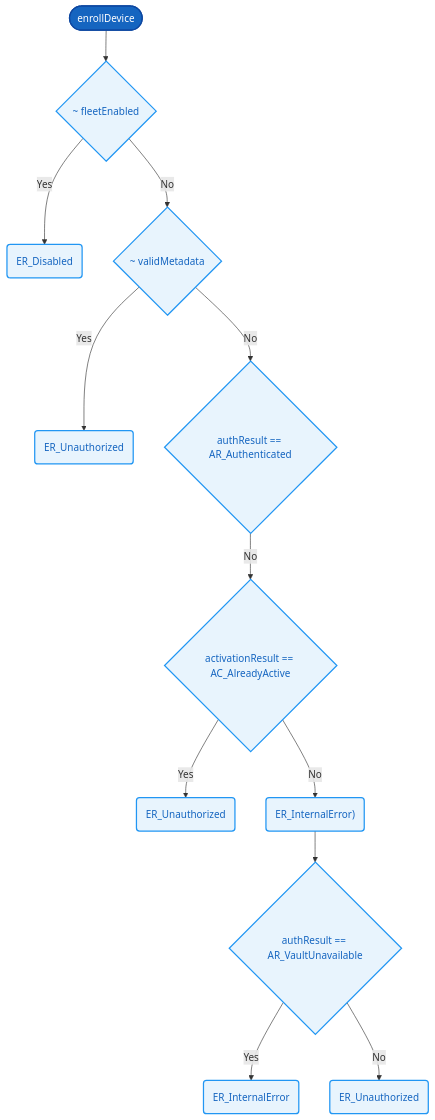
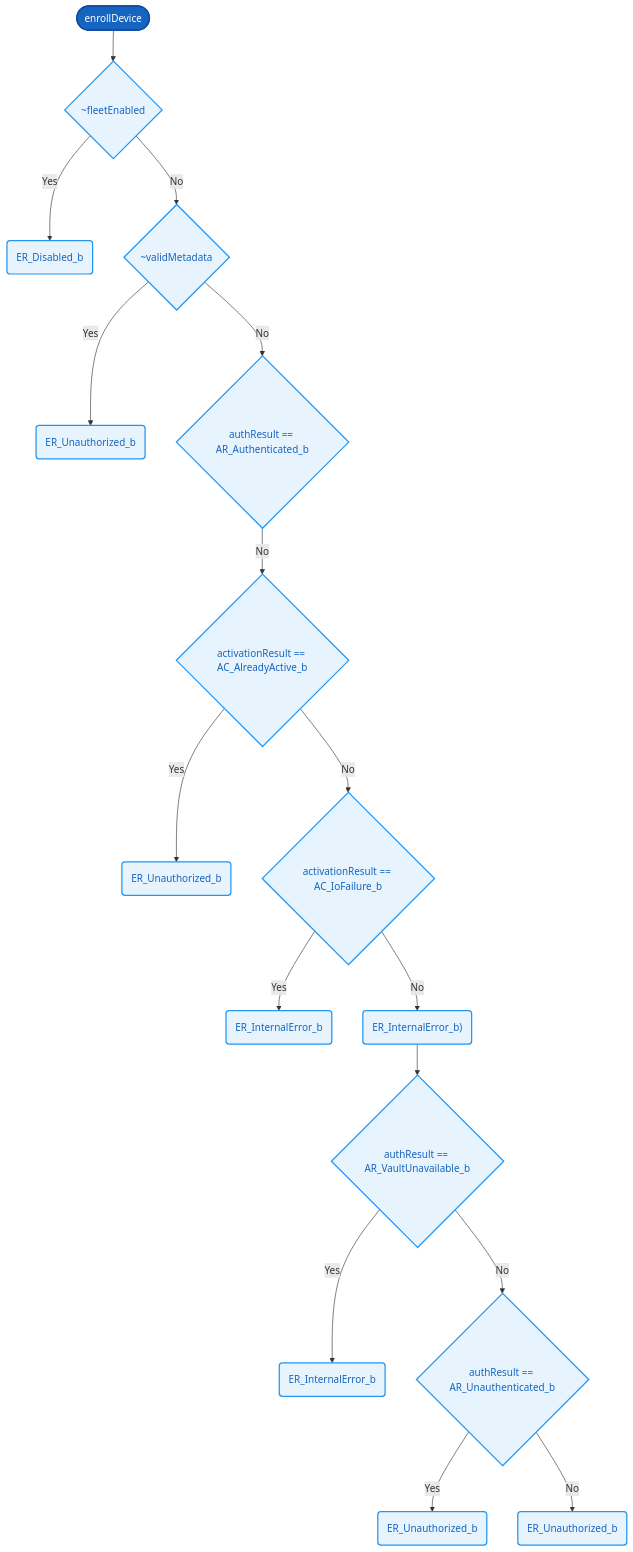
The diagram in docs/functions/enrollDevice.md (AmeliaRose802/formal-verification-demo-protocol), drawn with Mermaid before and after one commit. The commit also changed other lines of this file and 151 other files, not shown here.

````diff
--- a/docs/functions/enrollDevice.md
+++ b/docs/functions/enrollDevice.md
@@ -32,17 +40,21 @@
 ```mermaid
 flowchart TD
   Start(["enrollDevice"])
-  Start --> C0{"~ fleetEnabled"}
-  C0 -->|Yes| R0("ER_Disabled")
-  C0 -->|No| C1{"~ validMetadata"}
-  C1 -->|Yes| R1("ER_Unauthorized")
-  C1 -->|No| C2{"authResult == AR_Authenticated"}
-  C2 -->|No| C3{"activationResult == AC_AlreadyActive"}
-  C3 -->|Yes| R2("ER_Unauthorized")
-  C3 -->|No| R3("ER_InternalError)")
-  R3 --> C4{"authResult == AR_VaultUnavailable"}
-  C4 -->|Yes| R4("ER_InternalError")
-  C4 -->|No| R5("ER_Unauthorized")
+  Start --> C0{"~fleetEnabled"}
+  C0 -->|Yes| R0("ER_Disabled_b")
+  C0 -->|No| C1{"~validMetadata"}
+  C1 -->|Yes| R1("ER_Unauthorized_b")
+  C1 -->|No| C2{"authResult == AR_Authenticated_b"}
+  C2 -->|No| C3{"activationResult == AC_AlreadyActive_b"}
+  C3 -->|Yes| R2("ER_Unauthorized_b")
+  C3 -->|No| C4{"activationResult == AC_IoFailure_b"}
+  C4 -->|Yes| R3("ER_InternalError_b")
+  C4 -->|No| R4("ER_InternalError_b)")
+  R4 --> C5{"authResult == AR_VaultUnavailable_b"}
+  C5 -->|Yes| R5("ER_InternalError_b")
+  C5 -->|No| C6{"authResult == AR_Unauthenticated_b"}
+  C6 -->|Yes| R6("ER_Unauthorized_b")
+  C6 -->|No| R7("ER_Unauthorized_b")
   classDef default fill:#e8f4fd,stroke:#2196F3,stroke-width:2px,color:#1565C0
   style Start fill:#1565C0,stroke:#0D47A1,color:#fff,stroke-width:2px
 ```
````
